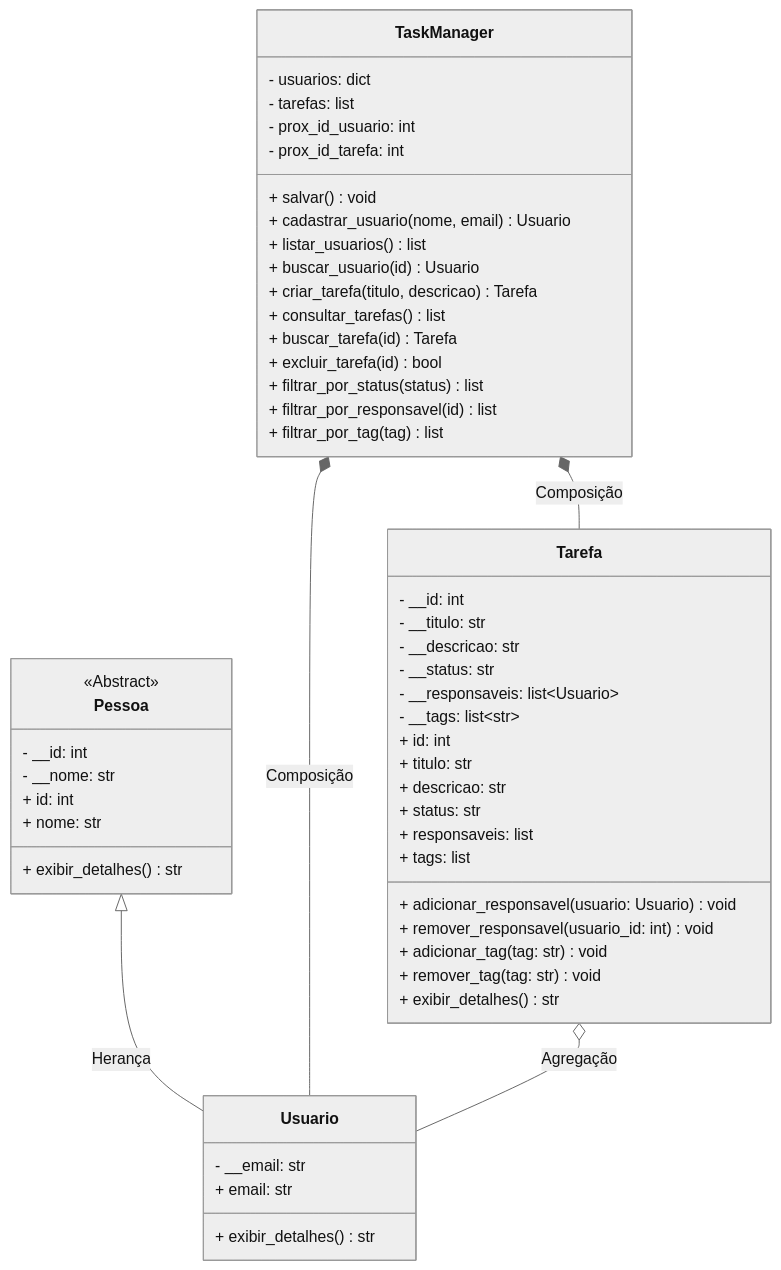
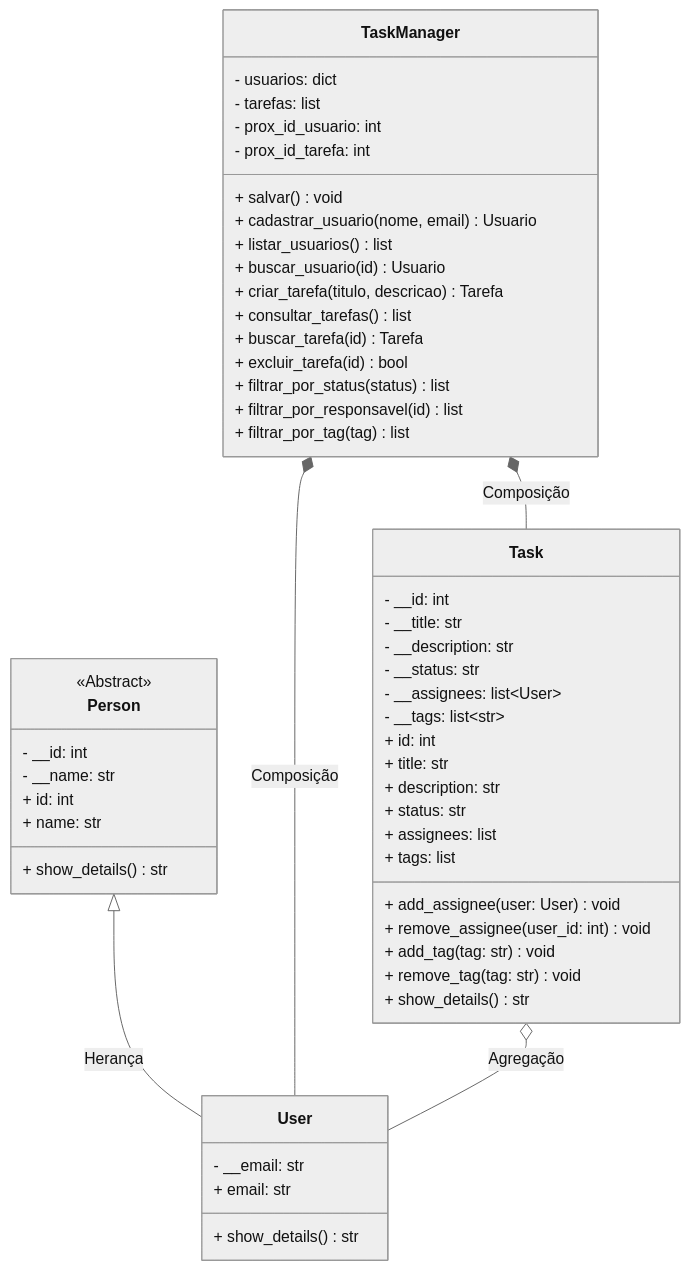
The diagram in diagrama_classes.md (DaviFSilva/UFSC-POO1-Final-Project), drawn with Mermaid (neutral theme) before and after one commit. The commit also changed 1 other file, not shown here.

````diff
--- a/diagrama_classes.md
+++ b/diagrama_classes.md
@@ -3,65 +3,65 @@
 ```mermaid
 classDiagram
     direction TB
 
-    class Pessoa {
+    class Person {
         <<Abstract>>
         - __id: int
-        - __nome: str
+        - __name: str
         + id: int
-        + nome: str
-        + exibir_detalhes() str
+        + name: str
+        + show_details() str
     }
 
-    class Usuario {
+    class User {
         - __email: str
         + email: str
-        + exibir_detalhes() str
+        + show_details() str
     }
 
-    class Tarefa {
+    class Task {
         - __id: int
-        - __titulo: str
-        - __descricao: str
+        - __title: str
+        - __description: str
         - __status: str
-        - __responsaveis: list~Usuario~
+        - __assignees: list~User~
         - __tags: list~str~
         + id: int
-        + titulo: str
-        + descricao: str
+        + title: str
+        + description: str
         + status: str
-        + responsaveis: list
+        + assignees: list
         + tags: list
-        + adicionar_responsavel(usuario: Usuario) void
-        + remover_responsavel(usuario_id: int) void
-        + adicionar_tag(tag: str) void
-        + remover_tag(tag: str) void
-        + exibir_detalhes() str
+        + add_assignee(user: User) void
+        + remove_assignee(user_id: int) void
+        + add_tag(tag: str) void
+        + remove_tag(tag: str) void
+        + show_details() str
     }
 
     class TaskManager {
         - usuarios: dict
         - tarefas: list
         - prox_id_usuario: int
         - prox_id_tarefa: int
         + salvar() void
         + cadastrar_usuario(nome, email) Usuario
         + listar_usuarios() list
         + buscar_usuario(id) Usuario
         + criar_tarefa(titulo, descricao) Tarefa
         + consultar_tarefas() list
         + buscar_tarefa(id) Tarefa
         + excluir_tarefa(id) bool
         + filtrar_por_status(status) list
         + filtrar_por_responsavel(id) list
         + filtrar_por_tag(tag) list
     }
 
     %% Relacionamentos
-    Pessoa <|-- Usuario : Herança
+    Person <|-- User : Herança
     
-    TaskManager *-- Usuario : Composição
-    TaskManager *-- Tarefa : Composição
+    TaskManager *-- User : Composição
+    TaskManager *-- Task : Composição
     
-    Tarefa o-- Usuario : Agregação
+    Task o-- User : Agregação
 ```
````
